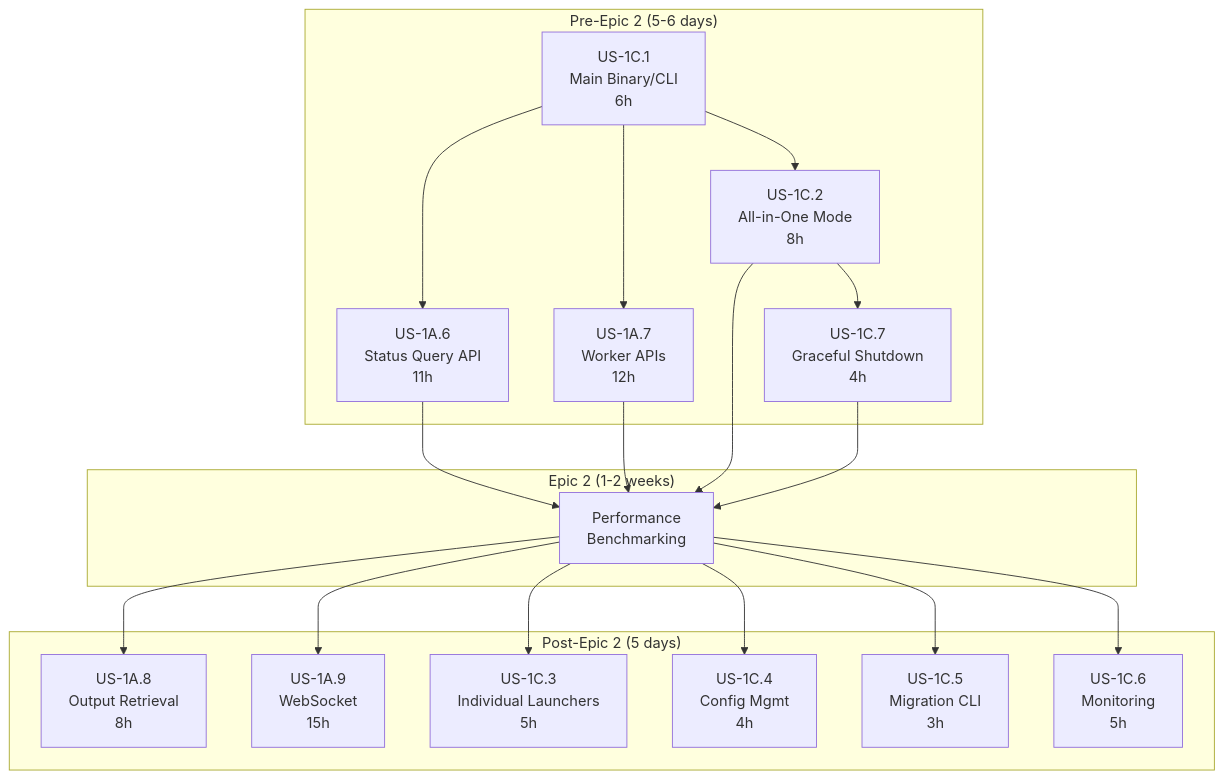
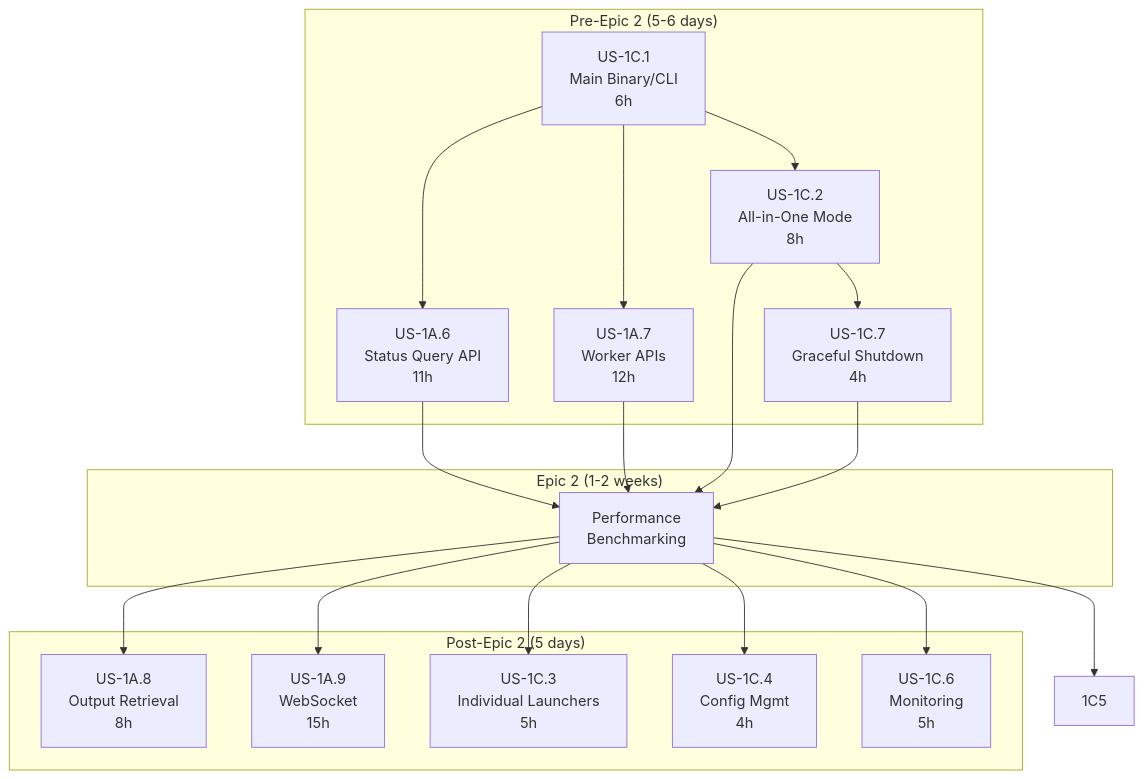
Before and after one commit to kruxia/kruxiaflow: the diagram in docs/mvp-requirements.md, drawn with Mermaid. The commit also changed other lines of this file and 13 other files, not shown here.

Commit message:
- update architecture, mvp docs. - correct "embedding" activity name

````diff
--- a/docs/mvp-requirements.md
+++ b/docs/mvp-requirements.md
@@ -1728,39 +1717,38 @@
 ```mermaid
 flowchart TB
     subgraph "Pre-Epic 2 (5-6 days)"
         1C1[US-1C.1<br/>Main Binary/CLI<br/>6h]
         1A6[US-1A.6<br/>Status Query API<br/>11h]
         1A7[US-1A.7<br/>Worker APIs<br/>12h]
         1C2[US-1C.2<br/>All-in-One Mode<br/>8h]
         1C7[US-1C.7<br/>Graceful Shutdown<br/>4h]
     end
 
     subgraph "Epic 2 (1-2 weeks)"
         E2[Performance<br/>Benchmarking]
     end
 
     subgraph "Post-Epic 2 (5 days)"
         1A8[US-1A.8<br/>Output Retrieval<br/>8h]
         1A9[US-1A.9<br/>WebSocket<br/>15h]
         1C3[US-1C.3<br/>Individual Launchers<br/>5h]
         1C4[US-1C.4<br/>Config Mgmt<br/>4h]
-        1C5[US-1C.5<br/>Migration CLI<br/>3h]
         1C6[US-1C.6<br/>Monitoring<br/>5h]
     end
 
     1C1 --> 1C2
     1C1 --> 1A6
     1C1 --> 1A7
     1C2 --> 1C7
     1A6 --> E2
     1A7 --> E2
     1C2 --> E2
     1C7 --> E2
 
     E2 --> 1A8
     E2 --> 1A9
     E2 --> 1C3
     E2 --> 1C4
     E2 --> 1C5
     E2 --> 1C6
 ```
````
